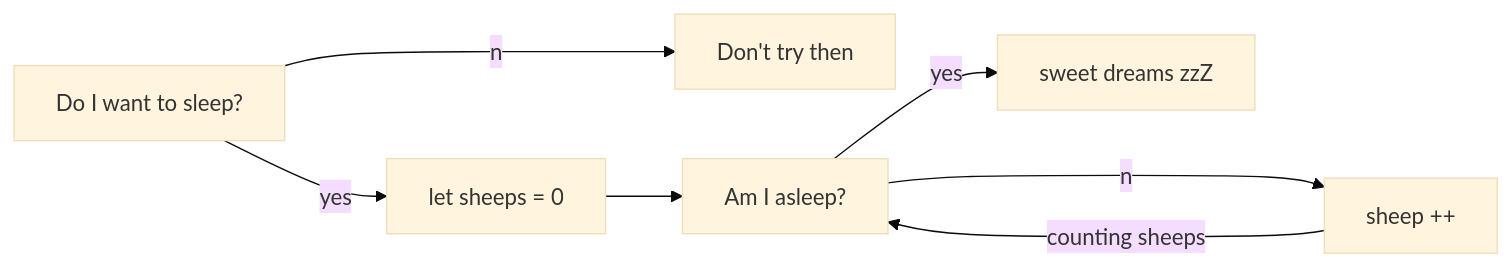
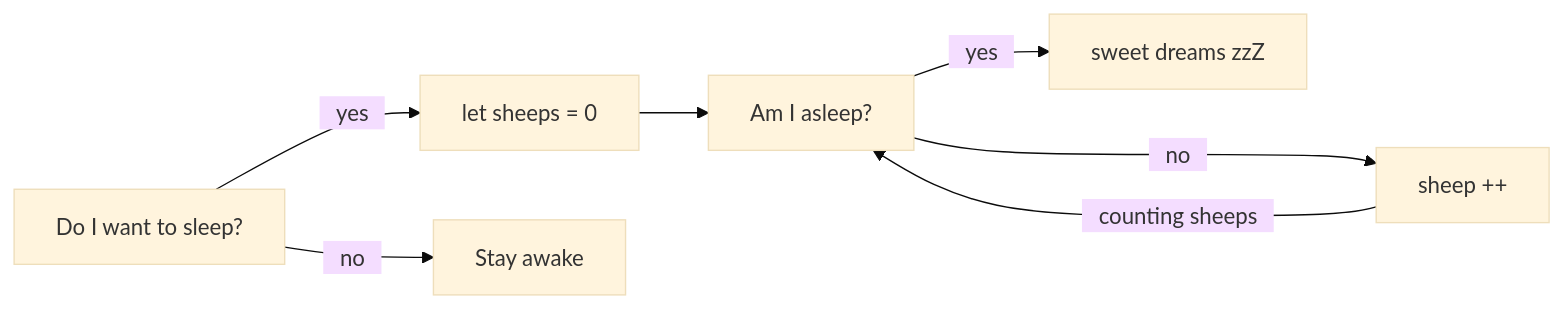
The third of 3 diagrams in README.md (Yelose/Yelose), drawn with Mermaid before and after one commit.

````diff
--- a/README.md
+++ b/README.md
@@ -40,8 +40,8 @@
 ```mermaid
     %%{init: {'theme':'base'}}%%
 flowchart LR
-id1[Do I want to sleep?]--yes-->id2[let sheeps = 0]
-id1--no-->id3[Don't try then]
-id2-->id4[Am I asleep?]--yes-->id5[sweet dreams zzZ]
-id4--no-->id6[sheep ++]--counting sheeps-->id4
+id1[Do I want to sleep?]--"#8195;yes#8195;"-->id2[let sheeps = 0]
+id1--"#8195;no#8195;"-->id3[Stay awake]
+id2-->id4[Am I asleep?]--"#8195;yes#8195;"-->id5[sweet dreams zzZ]
+id4--"#8195;no#8195;"-->id6[sheep ++]--"#8195;counting sheeps#8195;"--->id4
 ```
````
